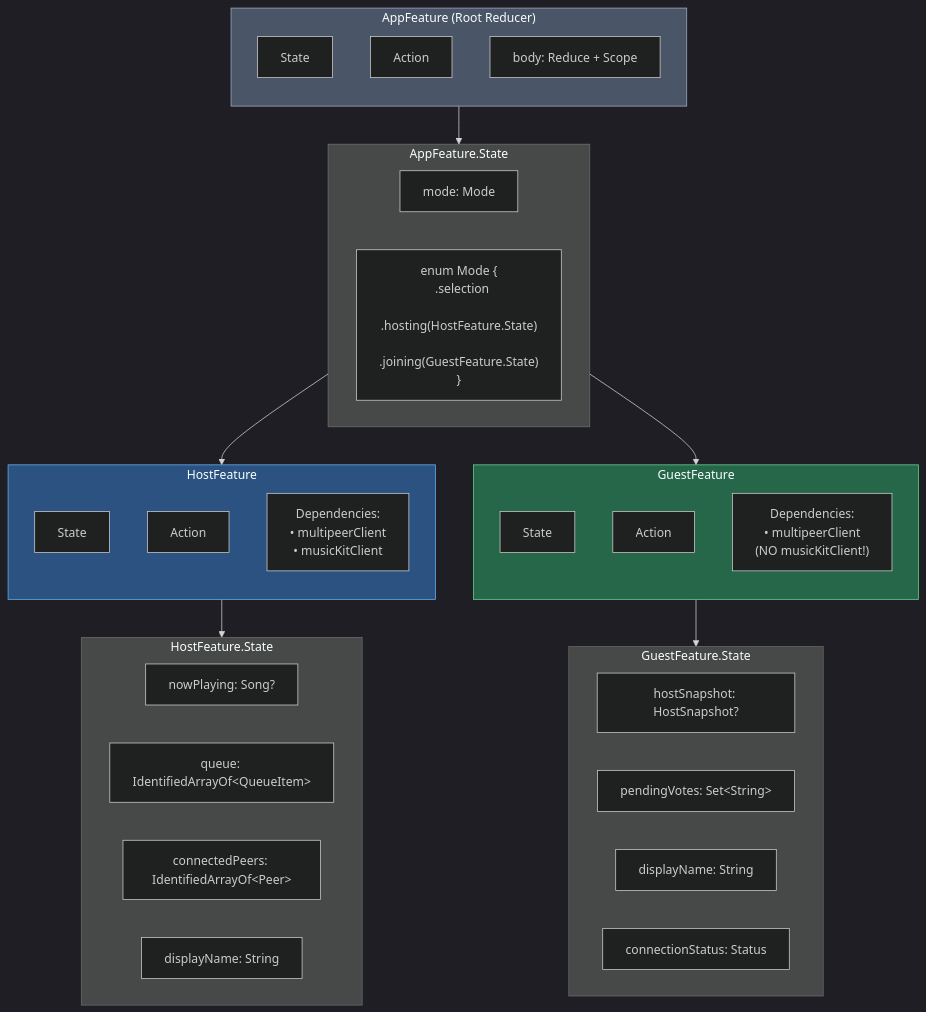
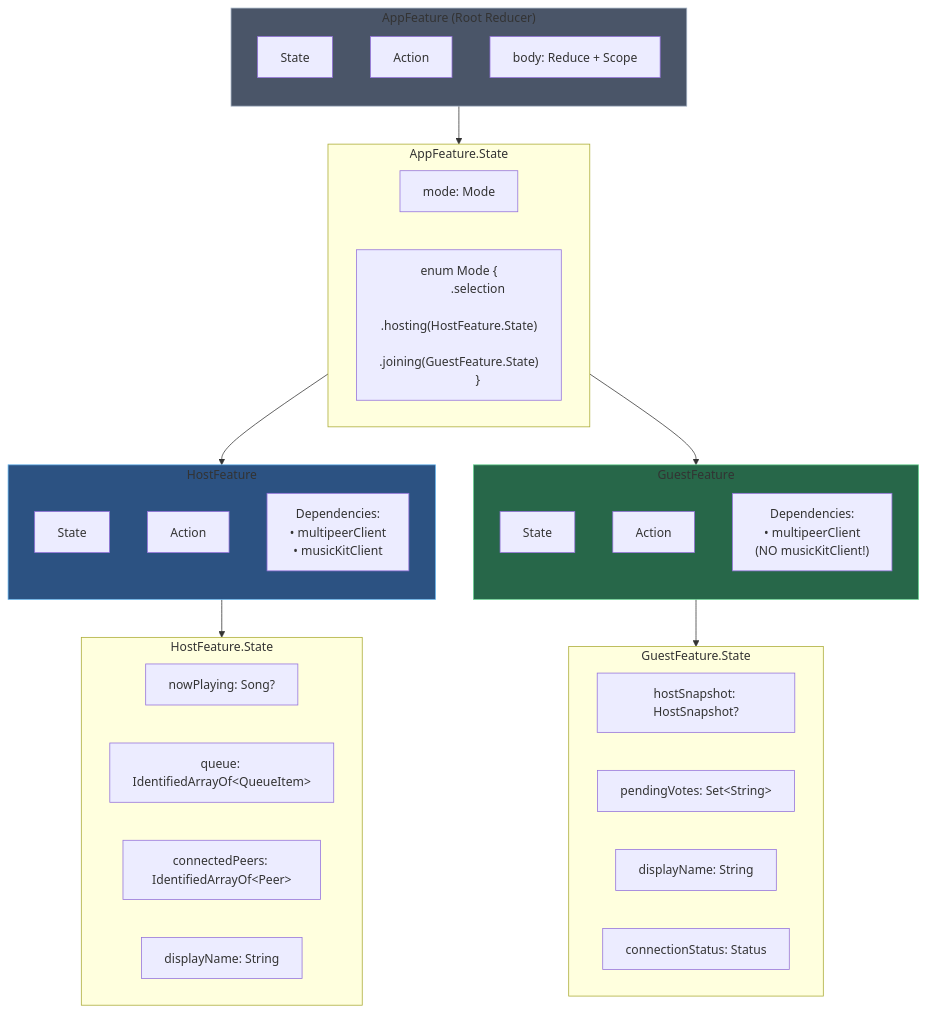
One commit to JeffESchmitz/DemocracyDJ changed the diagram in docs/diagrams/tca-state-tree.mmd. Above: the diagram before and after it, drawn with Mermaid. The commit also changed 4 other files, not shown here.

```diff
--- a/docs/diagrams/tca-state-tree.mmd
+++ b/docs/diagrams/tca-state-tree.mmd
@@ -1,52 +1,59 @@
-%%{init: {'theme': 'dark'}}%%
 flowchart TB
     subgraph AppFeature["AppFeature (Root Reducer)"]
         direction TB
         AppState["State"]
         AppAction["Action"]
         AppBody["body: Reduce + Scope"]
     end
 
     subgraph AppStateBox["AppFeature.State"]
         direction LR
         Mode["mode: Mode"]
-        ModeEnum["enum Mode {\n  .selection\n  .hosting(HostFeature.State)\n  .joining(GuestFeature.State)\n}"]
+        ModeEnum["enum Mode {
+            .selection
+            .hosting(HostFeature.State)
+            .joining(GuestFeature.State)
+            }"]
     end
 
     subgraph HostFeature["HostFeature"]
         direction TB
         HostState["State"]
         HostAction["Action"]
-        HostDeps["Dependencies:\n• multipeerClient\n• musicKitClient"]
+        HostDeps["Dependencies:
+        • multipeerClient
+        • musicKitClient"]
     end
 
     subgraph HostStateBox["HostFeature.State"]
         NowPlaying["nowPlaying: Song?"]
         Queue["queue: IdentifiedArrayOf&lt;QueueItem&gt;"]
         ConnectedPeers["connectedPeers: IdentifiedArrayOf&lt;Peer&gt;"]
         HostName["displayName: String"]
     end
 
     subgraph GuestFeature["GuestFeature"]
         direction TB
         GuestState["State"]
         GuestAction["Action"]
-        GuestDeps["Dependencies:\n• multipeerClient\n(NO musicKitClient!)"]
+        GuestDeps["Dependencies:
+            • multipeerClient 
+            (NO musicKitClient!)"]
     end
 
     subgraph GuestStateBox["GuestFeature.State"]
         HostSnapshot["hostSnapshot: HostSnapshot?"]
         PendingVotes["pendingVotes: Set&lt;String&gt;"]
         GuestName["displayName: String"]
         ConnectionStatus["connectionStatus: Status"]
     end
 
     AppFeature --> AppStateBox
     AppStateBox --> HostFeature
     AppStateBox --> GuestFeature
     HostFeature --> HostStateBox
     GuestFeature --> GuestStateBox
 
     style AppFeature fill:#4a5568,stroke:#a0aec0
     style HostFeature fill:#2c5282,stroke:#63b3ed
     style GuestFeature fill:#276749,stroke:#68d391
```
